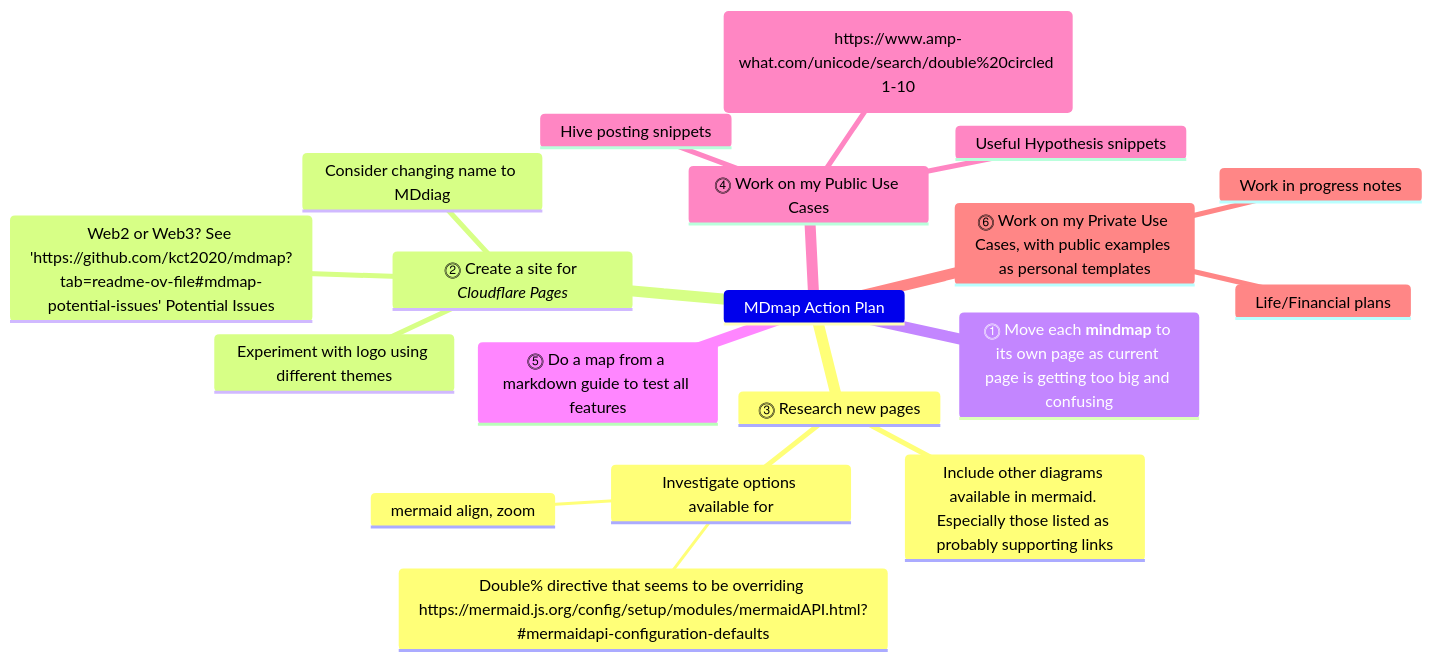
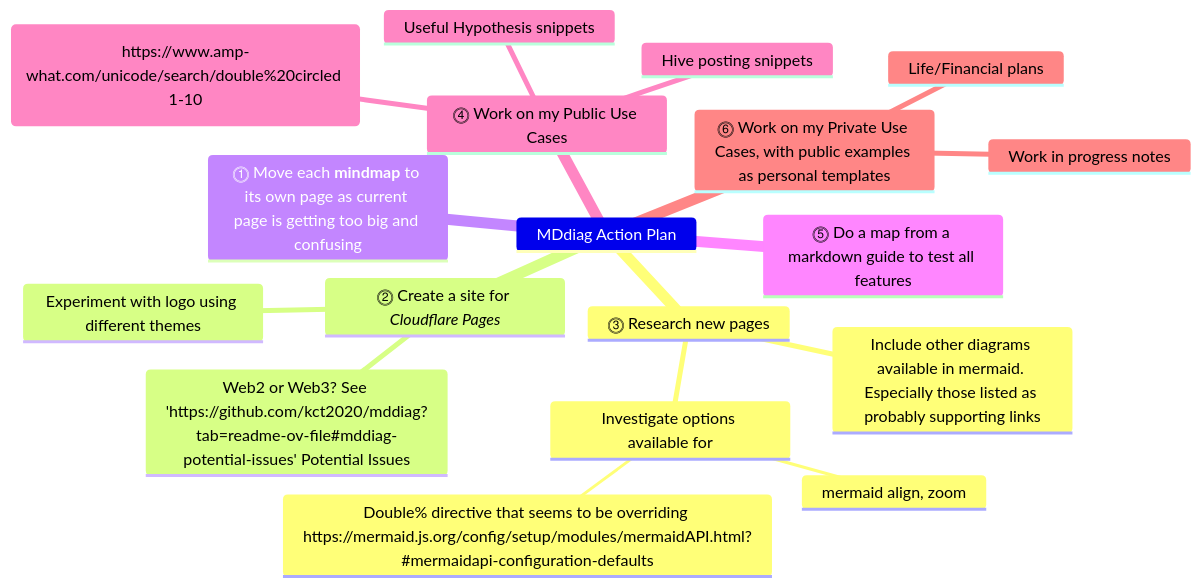
Before and after one commit to kct2020/mddiag: the sixth of 6 diagrams in README.md, drawn with Mermaid. The commit also changed other lines of this file and 1 other file, not shown here.

````diff
--- a/README.md
+++ b/README.md
@@ -145,22 +146,21 @@
 ```mermaid
 mindmap
-MDmap Action Plan
+MDdiag Action Plan
   ⓷ Research new pages
     Include other diagrams available in mermaid. Especially those listed as probably supporting links
     Investigate options available for
       mermaid align, zoom
       Double% directive that seems to be overriding https://mermaid.js.org/config/setup/modules/mermaidAPI.html?#mermaidapi-configuration-defaults
   ⓶ Create a site for *Cloudflare Pages*
-    Web2 or Web3? See 'https://github.com/kct2020/mdmap?tab=readme-ov-file#mdmap-potential-issues' Potential Issues
+    Web2 or Web3? See 'https://github.com/kct2020/mddiag?tab=readme-ov-file#mddiag-potential-issues' Potential Issues
     Experiment with logo using different themes
-    Consider changing name to MDdiag
   ⓵ Move each **mindmap** to its own page as current page is getting too big and confusing
   ⓹ Do a map from a markdown guide to test all features
   ⓸ Work on my Public Use Cases
     Common unicode characters (https://www.amp-what.com/unicode/search/double%20circled 1-10)
     Useful Hypothesis snippets
     Hive posting snippets
   ⓺ Work on my Private Use Cases, with public examples as personal templates
     Work in progress notes
     Life/Financial plans
 ```
````
